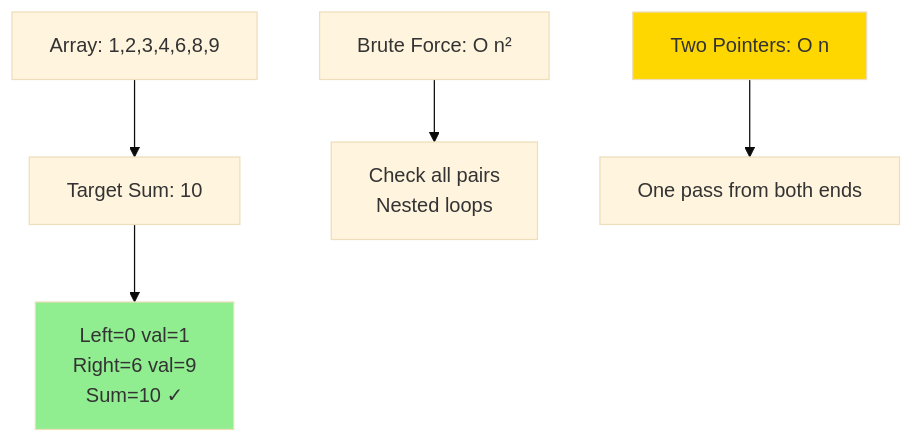
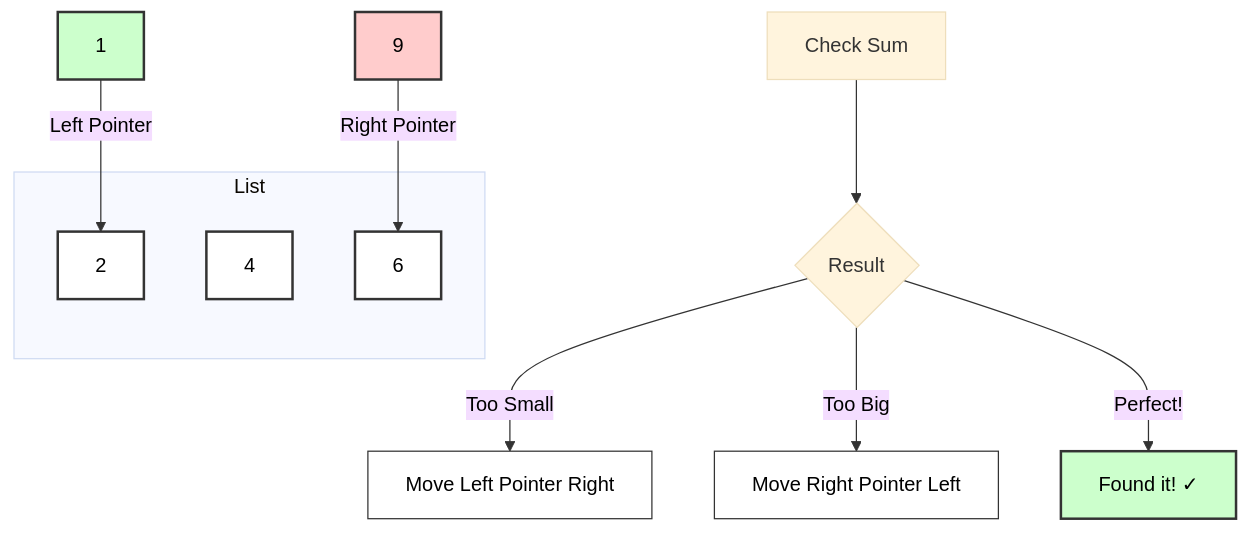
Before and after one commit to ankushtagore/dsa-coding-patterns: the first of 8 diagrams in 02-two-pointers/README.md, drawn with Mermaid (base theme). The commit also changed other lines of this file and 7 other files, not shown here.

````diff
--- a/02-two-pointers/README.md
+++ b/02-two-pointers/README.md
@@ -40,11 +33,27 @@
 ```mermaid
 graph TD
-    A[Array: 1,2,3,4,6,8,9] --> B[Target Sum: 10]
-    B --> C[Left=0 val=1<br/>Right=6 val=9<br/>Sum=10 ✓]
+    subgraph List
+    B[2]
+    C[4]
+    D[6]
+    end
     
-    D[Brute Force: O n²] --> E[Check all pairs<br/>Nested loops]
-    F[Two Pointers: O n] --> G[One pass from both ends]
+    A[1] -- "Left Pointer" --> B
+    E[9] -- "Right Pointer" --> D
     
-    style C fill:#90EE90
-    style F fill:#FFD700
+    F[Check Sum] --> G{Result}
+    G -- "Too Small" --> H[Move Left Pointer Right]
+    G -- "Too Big" --> I[Move Right Pointer Left]
+    G -- "Perfect!" --> J[Found it! ✓]
+
+    style A fill:#ccffcc,stroke:#333,stroke-width:2px,color:#000
+    style B fill:#ffffff,stroke:#333,stroke-width:2px,color:#000
+    style C fill:#ffffff,stroke:#333,stroke-width:2px,color:#000
+    style D fill:#ffffff,stroke:#333,stroke-width:2px,color:#000
+    style E fill:#ffcccc,stroke:#333,stroke-width:2px,color:#000
+    style J fill:#ccffcc,stroke:#333,stroke-width:2px,color:#000
+    style H fill:#ffffff,stroke:#333,stroke-width:1px,color:#000
+    style I fill:#ffffff,stroke:#333,stroke-width:1px,color:#000
+
+    linkStyle default color:#000,stroke:#333
 ```
````
